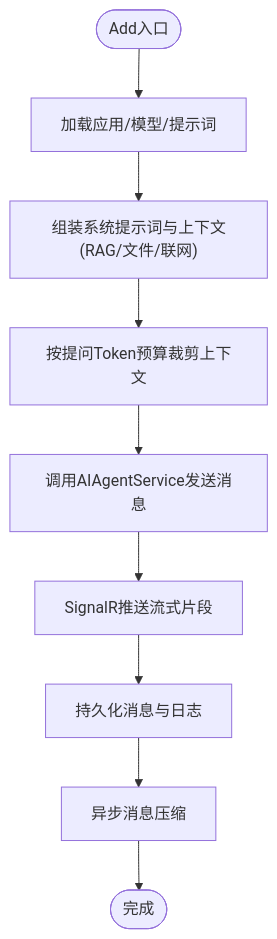
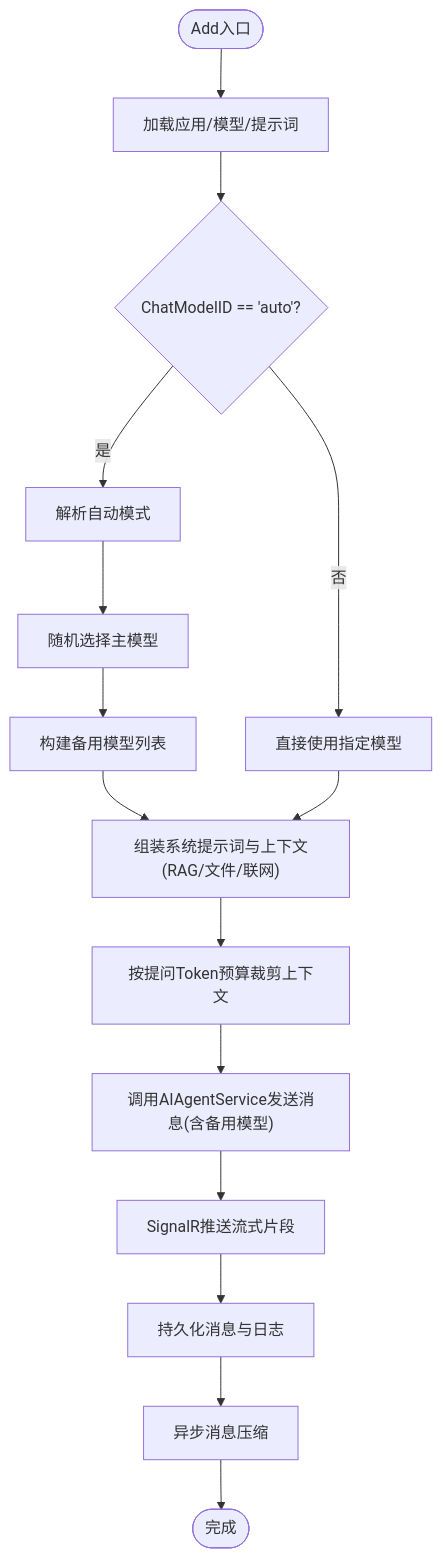
The fourth of 7 diagrams in .qoder/repowiki/zh/content/核心模块/AI智能助手/聊天对话.md (junkai-li/NetCoreKevin), drawn with Mermaid before and after one commit. The commit also changed other lines of this file and 7 other files, not shown here.

````diff
--- a/.qoder/repowiki/zh/content/核心模块/AI智能助手/聊天对话.md
+++ b/.qoder/repowiki/zh/content/核心模块/AI智能助手/聊天对话.md
@@ -167,11 +186,17 @@
 ```mermaid
 flowchart TD
 SvcStart(["Add入口"]) --> LoadCfg["加载应用/模型/提示词"]
-LoadCfg --> BuildCtx["组装系统提示词与上下文(RAG/文件/联网)"]
+LoadCfg --> AutoCheck{"ChatModelID == 'auto'?"}
+AutoCheck -- 是 --> AutoResolve["解析自动模式"]
+AutoResolve --> RandomModel["随机选择主模型"]
+RandomModel --> FallbackList["构建备用模型列表"]
+AutoCheck -- 否 --> UseDirect["直接使用指定模型"]
+FallbackList --> BuildCtx["组装系统提示词与上下文(RAG/文件/联网)"]
+UseDirect --> BuildCtx
 BuildCtx --> Trim["按提问Token预算裁剪上下文"]
-Trim --> CallAgent["调用AIAgentService发送消息"]
+Trim --> CallAgent["调用AIAgentService发送消息(含备用模型)"]
 CallAgent --> Push["SignalR推送流式片段"]
 Push --> Persist["持久化消息与日志"]
 Persist --> AsyncCompaction["异步消息压缩"]
 AsyncCompaction --> End(["完成"])
 ```
````
